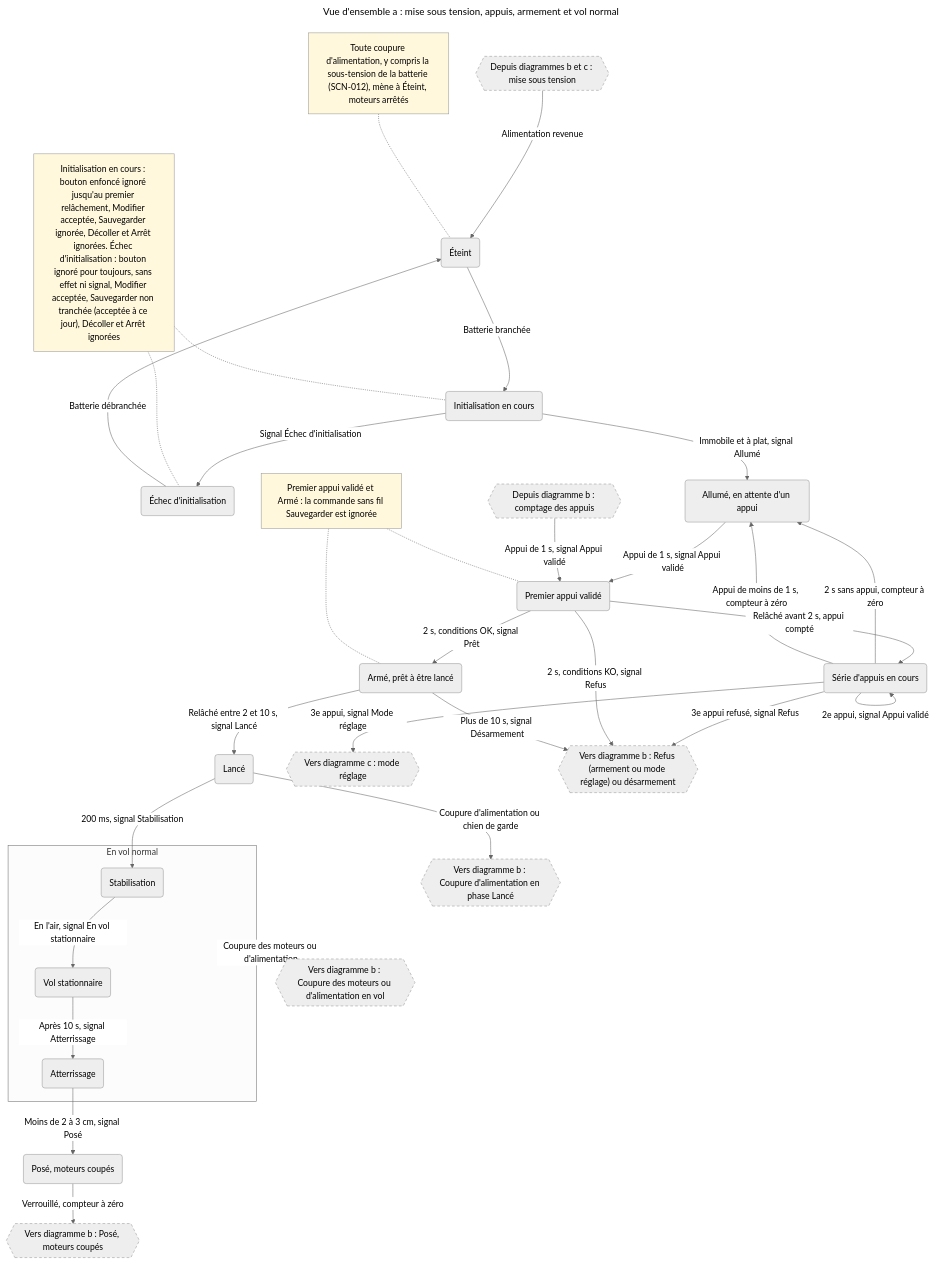
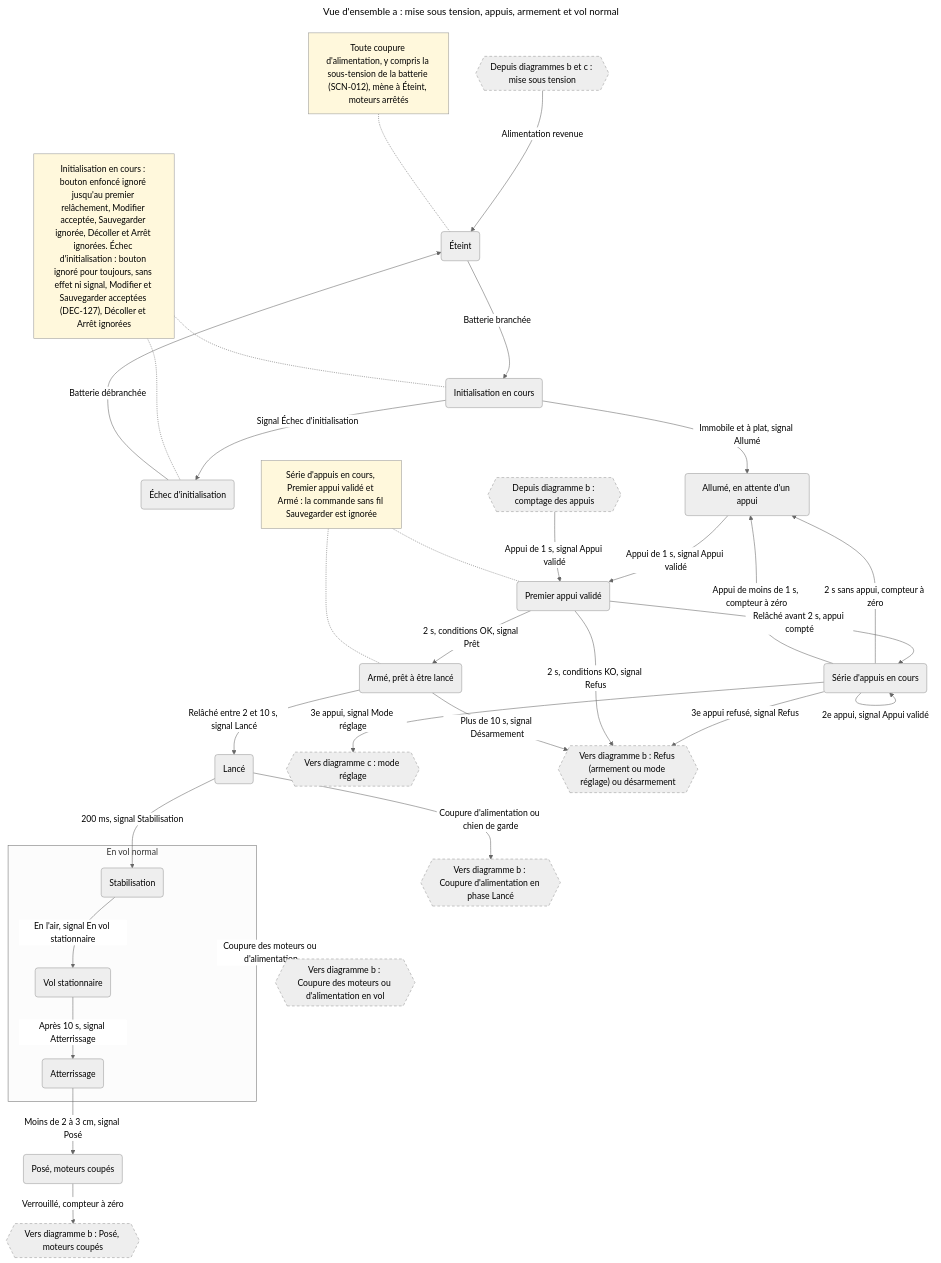
Before and after one commit to thourymatthieu-png/coworker_archi_system: the second of 16 diagrams in projets/boomrone/00-scenarios.md, drawn with Mermaid (neutral theme). The commit also changed other lines of this file and 7 other files, not shown here.

Commit message:
Boomrone : DEC-127 à DEC-131 (Sauvegarder, écriture, mémoire neuve), DOU-098 et DOU-059 levés, 13 doutes ouverts

````diff
--- a/projets/boomrone/00-scenarios.md
+++ b/projets/boomrone/00-scenarios.md
@@ -47,63 +47,63 @@
 ```mermaid
 ---
 title: "Vue d'ensemble a : mise sous tension, appuis, armement et vol normal"
 ---
 flowchart TD
     Eteint("Éteint")
     Init("Initialisation en cours")
     EchecInit("Échec d'initialisation")
     Attente("Allumé, en attente d'un appui")
     Premier("Premier appui validé")
     Serie("Série d'appuis en cours")
     Arme("Armé, prêt à être lancé")
     Lance("Lancé")
     subgraph Vol["En vol normal"]
         Stab("Stabilisation")
         Stat("Vol stationnaire")
         Atterr("Atterrissage")
     end
     Pose("Posé, moteurs coupés")
-    NoteInit["Initialisation en cours : bouton enfoncé ignoré jusqu'au premier relâchement, Modifier acceptée, Sauvegarder ignorée, Décoller et Arrêt ignorées. Échec d'initialisation : bouton ignoré pour toujours, sans effet ni signal, Modifier acceptée, Sauvegarder non tranchée (acceptée à ce jour), Décoller et Arrêt ignorées"]
+    NoteInit["Initialisation en cours : bouton enfoncé ignoré jusqu'au premier relâchement, Modifier acceptée, Sauvegarder ignorée, Décoller et Arrêt ignorées. Échec d'initialisation : bouton ignoré pour toujours, sans effet ni signal, Modifier et Sauvegarder acceptées (DEC-127), Décoller et Arrêt ignorées"]
     NoteEteint["Toute coupure d'alimentation, y compris la sous-tension de la batterie (SCN-012), mène à Éteint, moteurs arrêtés"]
-    NoteArme["Premier appui validé et Armé : la commande sans fil Sauvegarder est ignorée"]
+    NoteArme["Série d'appuis en cours, Premier appui validé et Armé : la commande sans fil Sauvegarder est ignorée"]
     DepuisBC{{"Depuis diagrammes b et c : mise sous tension"}}
     VersC{{"Vers diagramme c : mode réglage"}}
     B1{{"Vers diagramme b : Refus (armement ou mode réglage) ou désarmement"}}
     B3{{"Vers diagramme b : Coupure d'alimentation en phase Lancé"}}
     B4{{"Vers diagramme b : Coupure des moteurs ou d'alimentation en vol"}}
     B5{{"Vers diagramme b : Posé, moteurs coupés"}}
     DepuisB2{{"Depuis diagramme b : comptage des appuis"}}
     DepuisBC -->|"Alimentation revenue"| Eteint
     Eteint -->|"Batterie branchée"| Init
     Init -->|"Immobile et à plat, signal Allumé"| Attente
     Init -->|"Signal Échec d'initialisation"| EchecInit
     EchecInit -->|"Batterie débranchée"| Eteint
     Attente -->|"Appui de 1 s, signal Appui validé"| Premier
     DepuisB2 -->|"Appui de 1 s, signal Appui validé"| Premier
     Premier -->|"Relâché avant 2 s, appui compté"| Serie
     Serie -->|"2e appui, signal Appui validé"| Serie
     Serie -->|"2 s sans appui, compteur à zéro"| Attente
     Serie -->|"Appui de moins de 1 s, compteur à zéro"| Attente
     Serie -->|"3e appui, signal Mode réglage"| VersC
     Serie -->|"3e appui refusé, signal Refus"| B1
     Premier -->|"2 s, conditions OK, signal Prêt"| Arme
     Premier -->|"2 s, conditions KO, signal Refus"| B1
     Arme -->|"Relâché entre 2 et 10 s, signal Lancé"| Lance
     Arme -->|"Plus de 10 s, signal Désarmement"| B1
     Lance -->|"200 ms, signal Stabilisation"| Stab
     Lance -->|"Coupure d'alimentation ou chien de garde"| B3
     Stab -->|"En l'air, signal En vol stationnaire"| Stat
     Stat -->|"Après 10 s, signal Atterrissage"| Atterr
     Atterr -->|"Moins de 2 à 3 cm, signal Posé"| Pose
     Vol -->|"Coupure des moteurs ou d'alimentation"| B4
     Pose -->|"Verrouillé, compteur à zéro"| B5
     NoteInit -.- Init
     NoteInit -.- EchecInit
     NoteEteint -.- Eteint
     NoteArme -.- Arme
     NoteArme -.- Premier
     classDef renvoi stroke-dasharray: 5 4
     classDef note fill:#fff8dc,stroke:#999
     class DepuisBC,VersC,B1,B3,B4,B5,DepuisB2 renvoi
     class NoteInit,NoteEteint,NoteArme note
 ```
````
